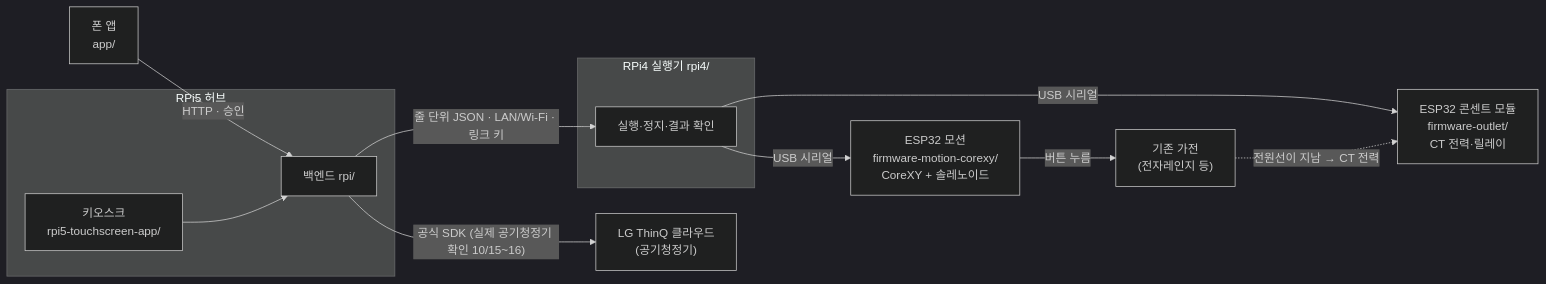
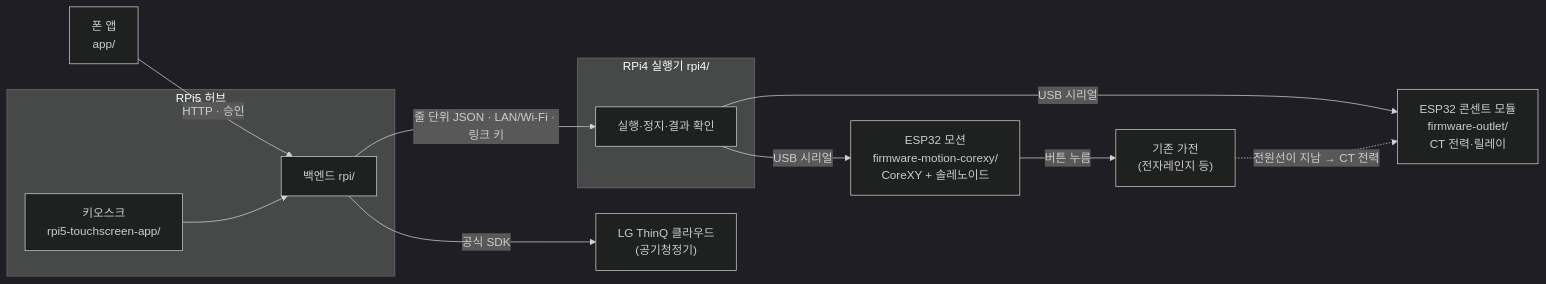
Before and after one commit to Seongwonp/Simplelay: the diagram in README.md, drawn with Mermaid (dark theme). The commit also changed other lines of this file and 1 other file, not shown here.

````diff
--- a/README.md
+++ b/README.md
@@ -76,24 +38,24 @@
 ```mermaid
 flowchart LR
     phone["폰 앱<br/>app/"]
     subgraph rpi5["RPi5 허브"]
         hub["백엔드 rpi/"]
         kiosk["키오스크<br/>rpi5-touchscreen-app/"]
     end
     subgraph rpi4b["RPi4 실행기 rpi4/"]
         act["실행·정지·결과 확인"]
     end
     motion["ESP32 모션<br/>firmware-motion-corexy/<br/>CoreXY + 솔레노이드"]
     outlet["ESP32 콘센트 모듈<br/>firmware-outlet/<br/>CT 전력·릴레이"]
     appliance["기존 가전<br/>(전자레인지 등)"]
     thinq["LG ThinQ 클라우드<br/>(공기청정기)"]
 
     phone -->|"HTTP · 승인"| hub
     kiosk --> hub
     hub -->|"줄 단위 JSON · LAN/Wi-Fi · 링크 키"| act
     act -->|"USB 시리얼"| motion
     act -->|"USB 시리얼"| outlet
     motion -->|"버튼 누름"| appliance
     appliance -.->|"전원선이 지남 → CT 전력"| outlet
-    hub -->|"공식 SDK (실제 공기청정기 확인 10/15~16)"| thinq
+    hub -->|"공식 SDK"| thinq
 ```
````
